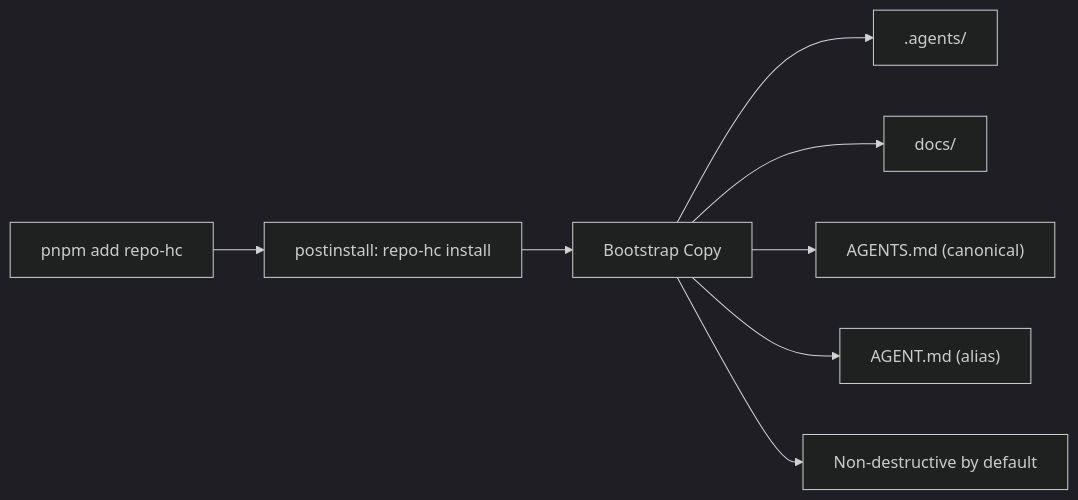
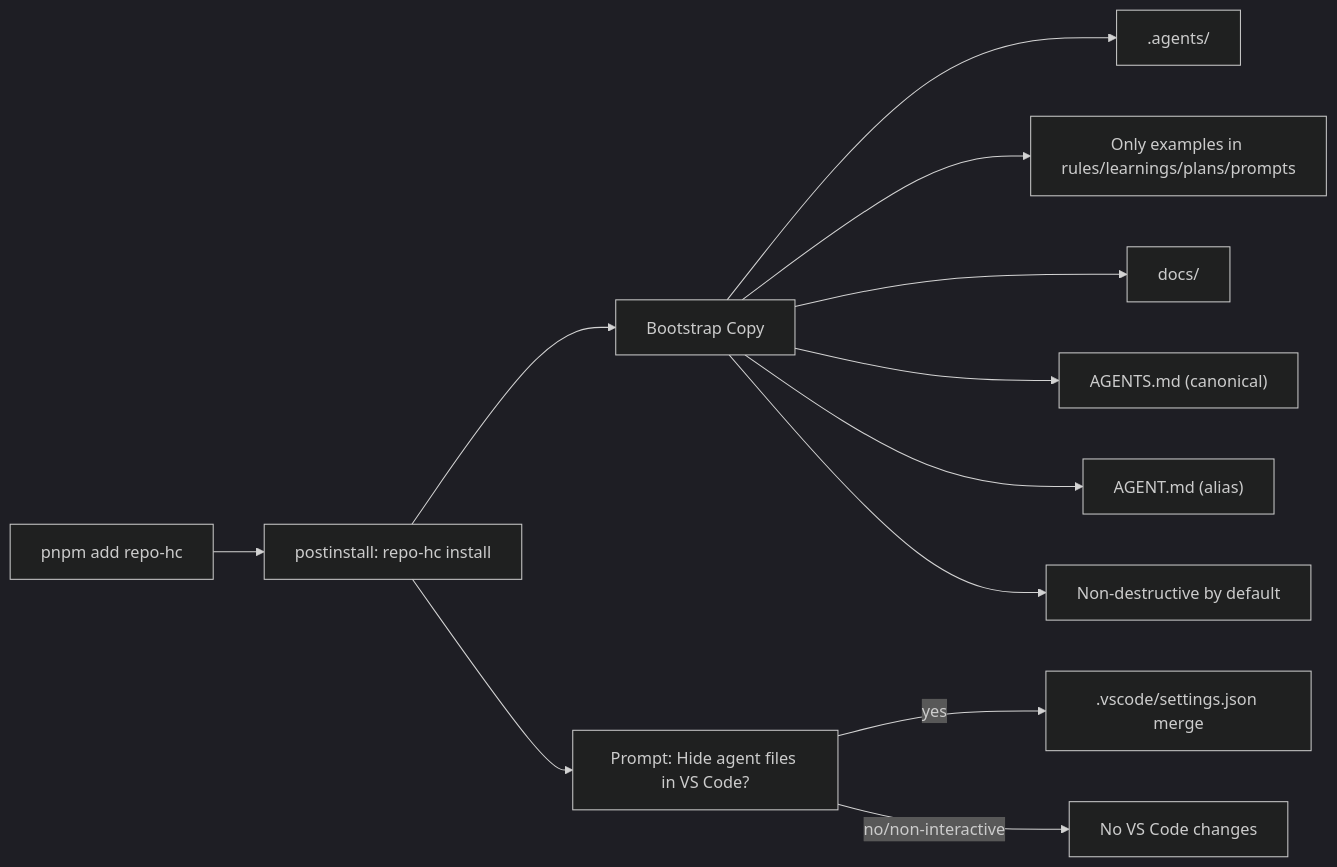
The third of 3 diagrams in docs/mermaid/housekeeping-architecture.md (charleanpoor507/repo-hc), drawn with Mermaid (dark theme) before and after one commit. The commit also changed other lines of this file and 24 other files, not shown here.

Commit message:
feat: bootstrap examples-only agent assets and vscode hide prompt

````diff
--- a/docs/mermaid/housekeeping-architecture.md
+++ b/docs/mermaid/housekeeping-architecture.md
@@ -39,10 +39,14 @@
 ```mermaid
 flowchart LR
   ADD["pnpm add repo-hc"] --> POSTINSTALL["postinstall: repo-hc install"]
   POSTINSTALL --> COPY["Bootstrap Copy"]
+  POSTINSTALL --> PROMPT["Prompt: Hide agent files in VS Code?"]
   COPY --> AGENTS[".agents/"]
+  COPY --> EXAMPLES["Only examples in rules/learnings/plans/prompts"]
   COPY --> DOCS["docs/"]
   COPY --> AGENTSFILE["AGENTS.md (canonical)"]
   COPY --> AGENT["AGENT.md (alias)"]
   COPY --> SAFE["Non-destructive by default"]
+  PROMPT -->|yes| VSCODE[".vscode/settings.json merge"]
+  PROMPT -->|no/non-interactive| SKIP["No VS Code changes"]
 ```
````
